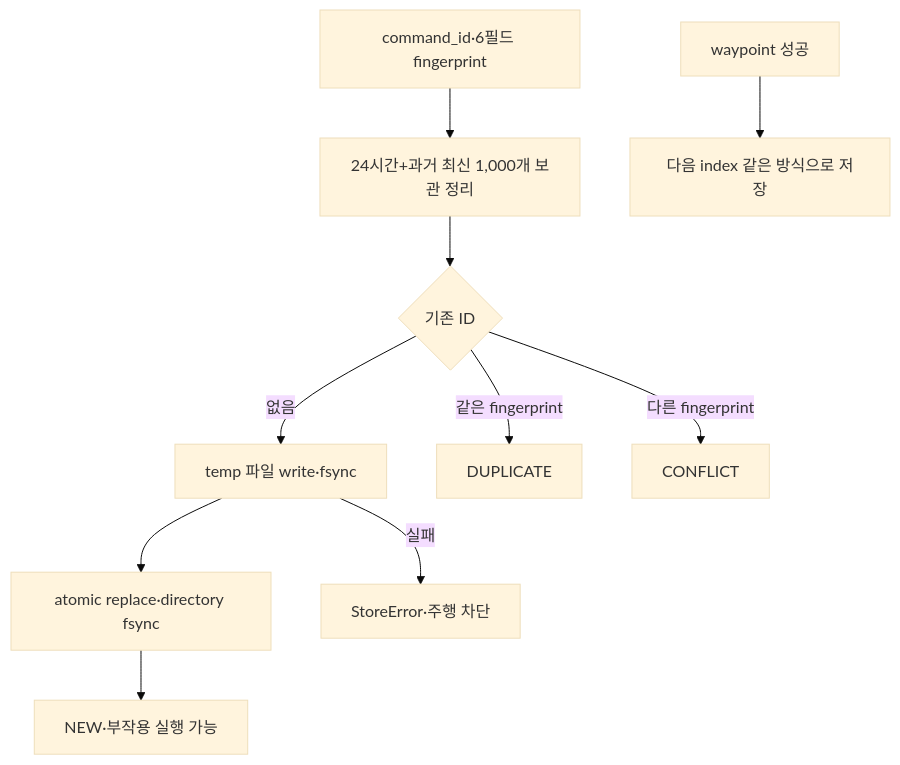
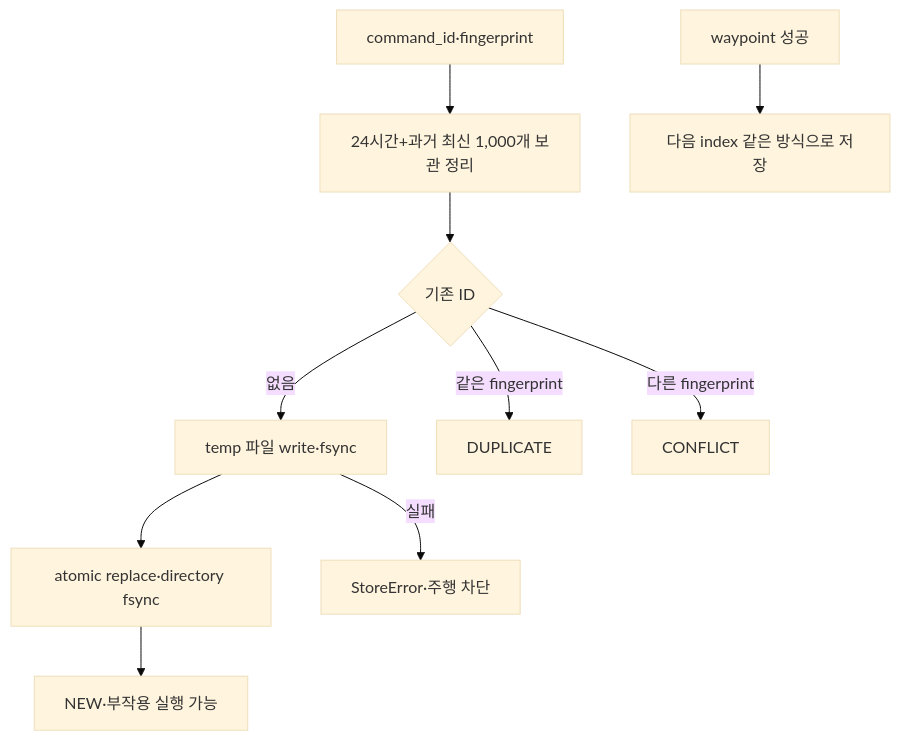
Diagram 29 of 29 in src/patrol_amr/docs/mission_navigation.md (suuuhululu/patrol), drawn with Mermaid (base theme) before and after one commit. The commit also changed other lines of this file and 10 other files, not shown here.

```diff
--- a/src/patrol_amr/docs/mission_navigation.md
+++ b/src/patrol_amr/docs/mission_navigation.md
@@ -611,12 +631,12 @@
 ~~~mermaid
 flowchart TD
-    A[command_id·6필드 fingerprint] --> B[24시간+과거 최신 1,000개 보관 정리]
+    A[command_id·fingerprint] --> B[24시간+과거 최신 1,000개 보관 정리]
     B --> C{기존 ID}
     C -->|없음| D[temp 파일 write·fsync]
     D --> E[atomic replace·directory fsync]
     E --> F[NEW·부작용 실행 가능]
     C -->|같은 fingerprint| G[DUPLICATE]
     C -->|다른 fingerprint| H[CONFLICT]
     D -->|실패| I[StoreError·주행 차단]
     J[waypoint 성공] --> K[다음 index 같은 방식으로 저장]
 ~~~
```
